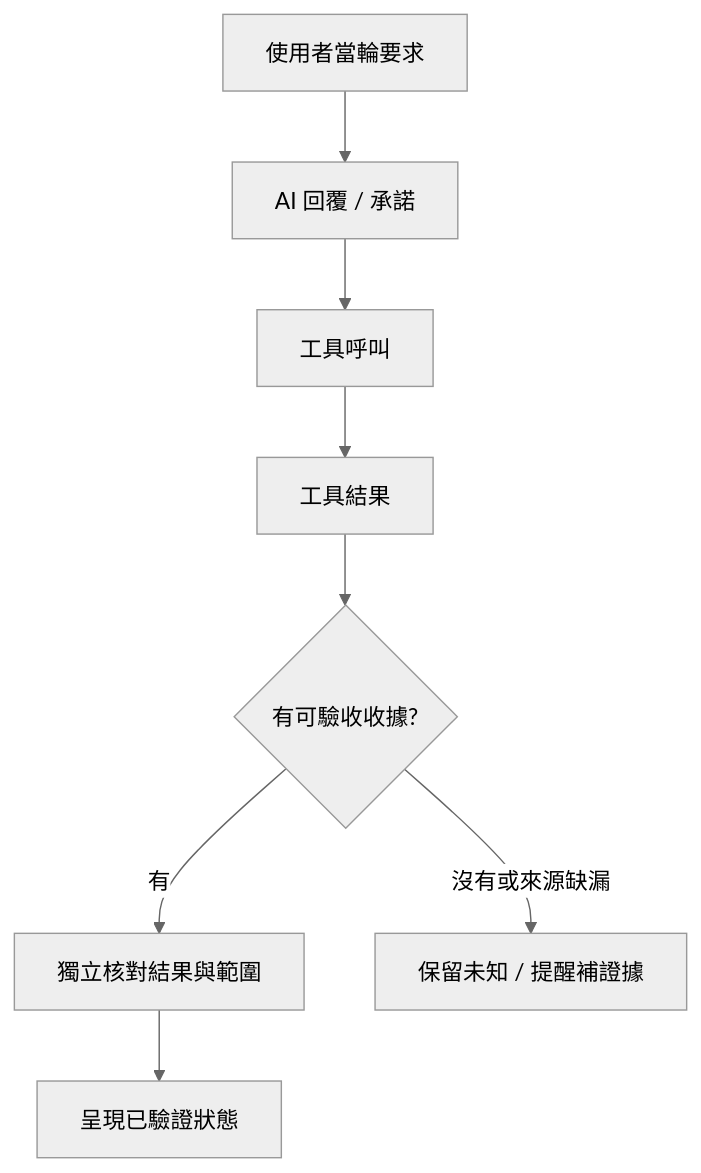
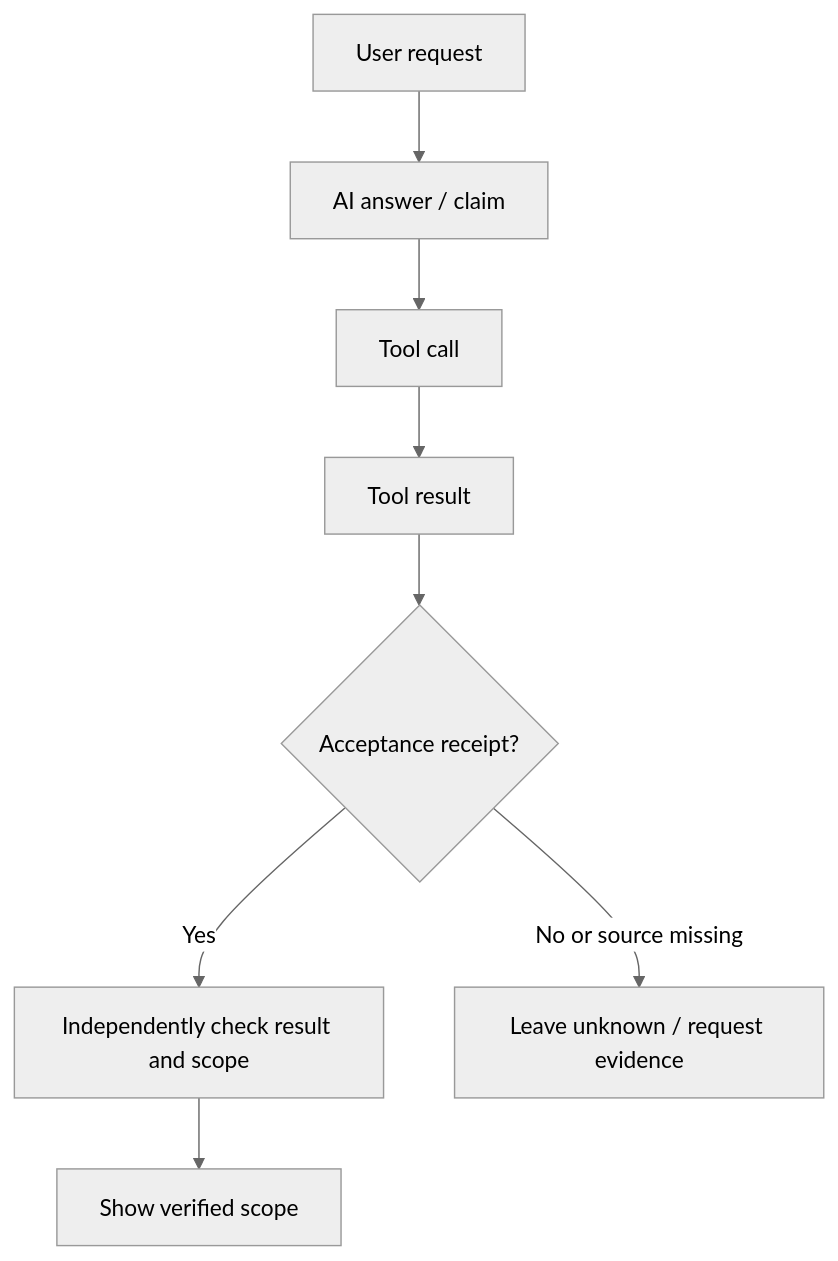
The second of 2 diagrams in README.md (norika1207-lab/Forseti-Agent-Runtime), drawn with Mermaid (neutral theme) before and after one commit. The commit also changed other lines of this file and 3 other files, not shown here.

Commit message:
Restore English documentation and diagram copy

````diff
--- a/README.md
+++ b/README.md
@@ -162,10 +176,10 @@
 ```mermaid
 flowchart TD
-    R[使用者當輪要求] --> A[AI 回覆 / 承諾]
-    A --> T[工具呼叫]
-    T --> O[工具結果]
-    O --> V{有可驗收收據?}
-    V -- 有 --> P[獨立核對結果與範圍]
-    V -- 沒有或來源缺漏 --> U[保留未知 / 提醒補證據]
-    P --> N[呈現已驗證狀態]
+    R[User request] --> A[AI answer / claim]
+    A --> T[Tool call]
+    T --> O[Tool result]
+    O --> V{Acceptance receipt?}
+    V -- Yes --> P[Independently check result and scope]
+    V -- No or source missing --> U[Leave unknown / request evidence]
+    P --> N[Show verified scope]
 ```
````
